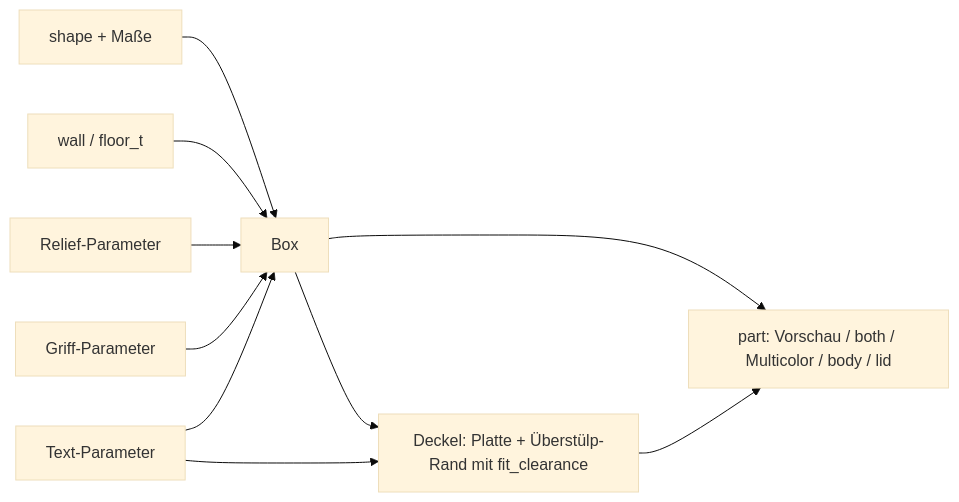
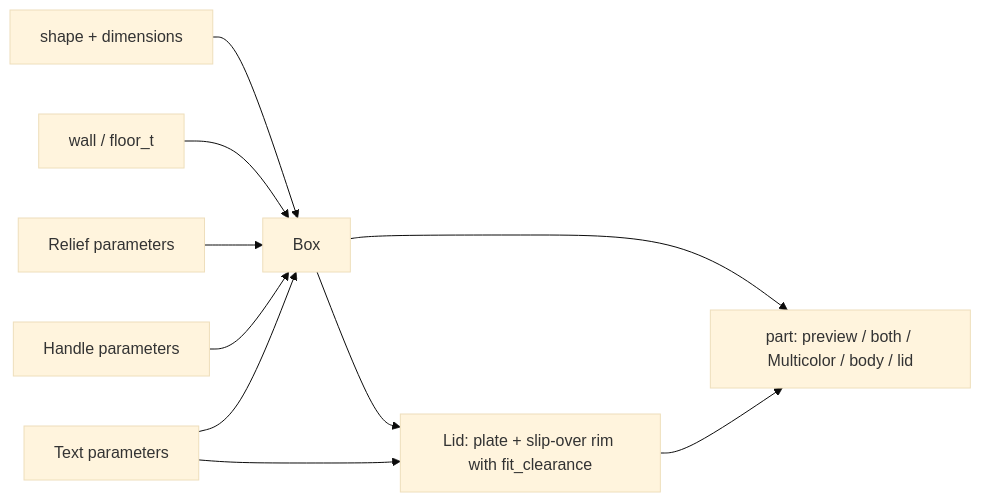
Before and after one commit to BetaHydri/parametric-cad-models: the diagram in models/parametric-box/README.md, drawn with Mermaid (base theme). The commit also changed other lines of this file and 57 other files, not shown here.

````diff
--- a/models/parametric-box/README.md
+++ b/models/parametric-box/README.md
@@ -251,12 +248,12 @@
 ```mermaid
 flowchart LR
-    S[shape + Maße] --> B[Box]
+    S[shape + dimensions] --> B[Box]
     W[wall / floor_t] --> B
-    B --> L[Deckel: Platte + Überstülp-Rand mit fit_clearance]
-    R[Relief-Parameter] --> B
-    H[Griff-Parameter] --> B
-    T[Text-Parameter] --> B
+    B --> L[Lid: plate + slip-over rim with fit_clearance]
+    R[Relief parameters] --> B
+    H[Handle parameters] --> B
+    T[Text parameters] --> B
     T --> L
-    B --> O[part: Vorschau / both / Multicolor / body / lid]
+    B --> O[part: preview / both / Multicolor / body / lid]
     L --> O
 ```
````
